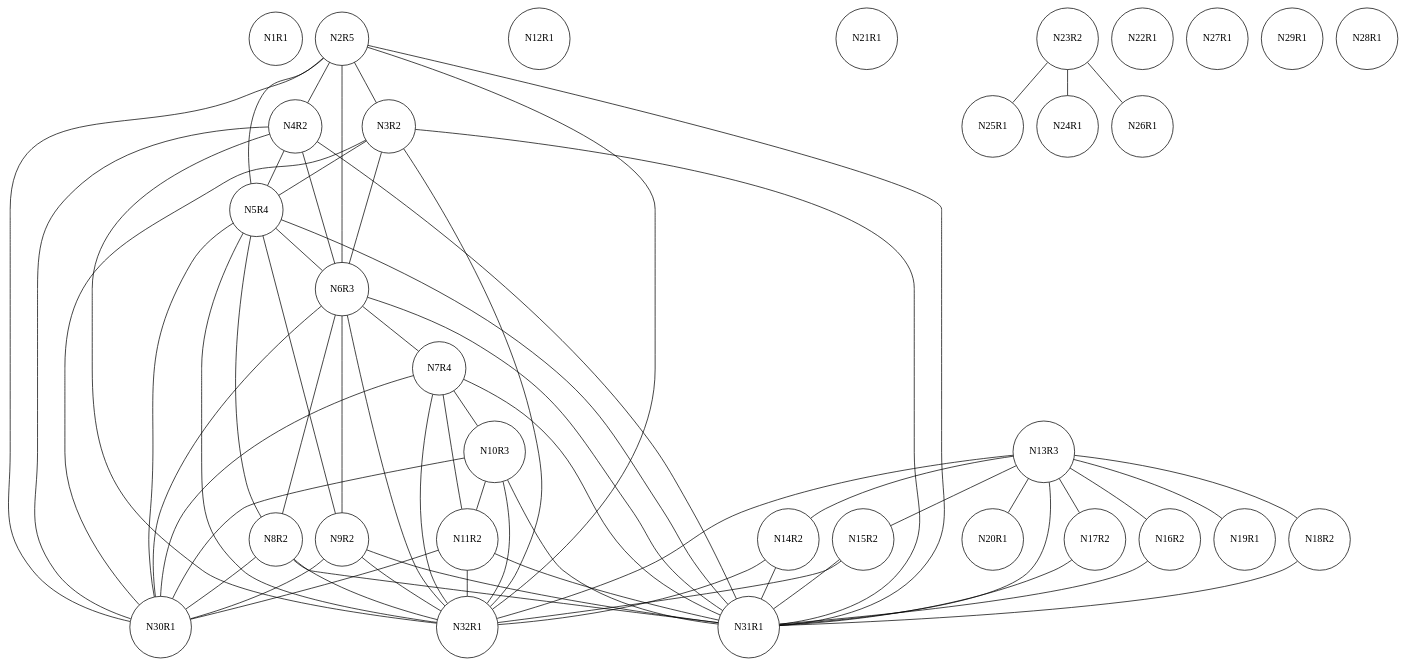
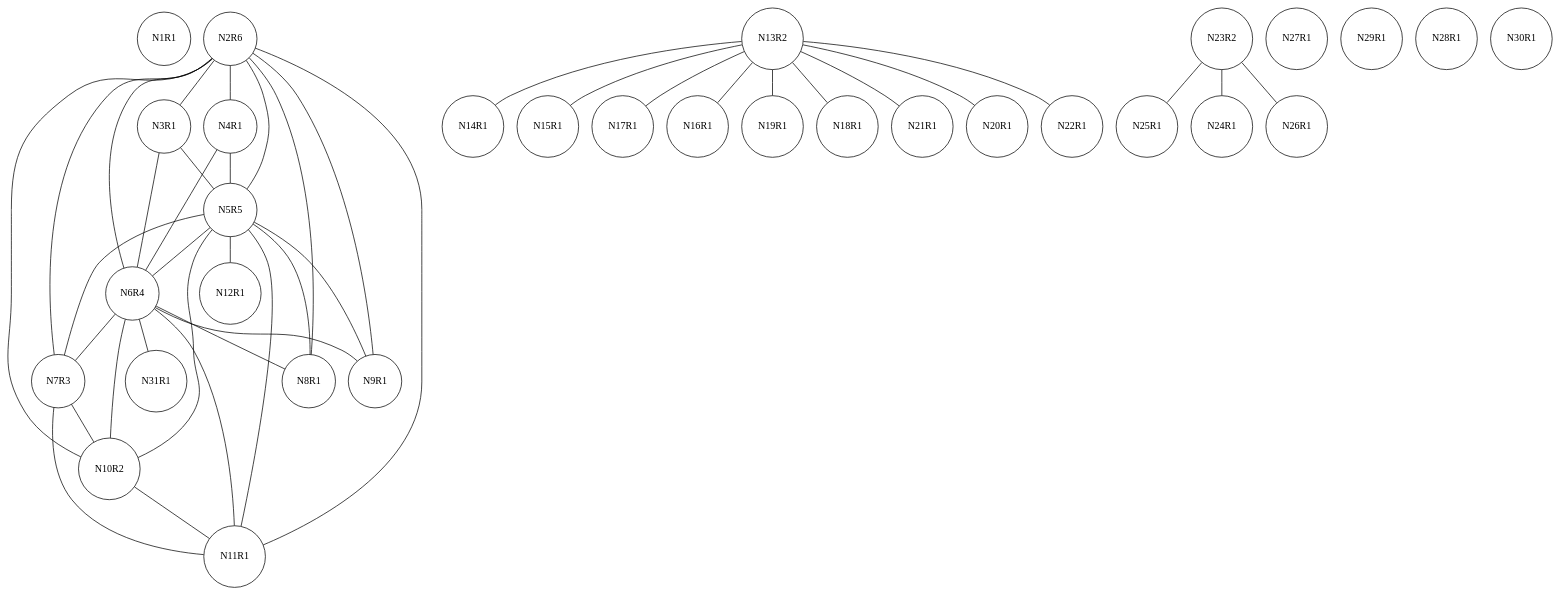
Before and after one commit to chris-wood/PL241-Compiler: the diagram in project/factorial.txt.ig.dot, drawn with Graphviz. The commit also changed 24 other files, not shown here.

```diff
--- a/project/factorial.txt.ig.dot
+++ b/project/factorial.txt.ig.dot
@@ -1,101 +1,75 @@
 graph ig {
     node [shape = circle];
     N1R1;
-    N2R5;
-    N3R2;
-    N4R2;
-    N5R4;
-    N6R3;
-    N7R4;
-    N8R2;
-    N9R2;
-    N10R3;
-    N11R2;
+    N2R6;
+    N3R1;
+    N4R1;
+    N5R5;
+    N6R4;
+    N7R3;
+    N8R1;
+    N9R1;
+    N10R2;
+    N11R1;
     N12R1;
-    N13R3;
-    N14R2;
-    N15R2;
-    N17R2;
-    N16R2;
+    N13R2;
+    N14R1;
+    N15R1;
+    N17R1;
+    N16R1;
     N19R1;
-    N18R2;
+    N18R1;
     N21R1;
     N20R1;
     N23R2;
     N22R1;
     N25R1;
     N24R1;
     N27R1;
     N26R1;
     N29R1;
     N28R1;
     N31R1;
     N30R1;
-    N32R1;
-    N2R5 -- N4R2;
-    N2R5 -- N3R2;
-    N2R5 -- N31R1;
-    N2R5 -- N32R1;
-    N2R5 -- N30R1;
-    N2R5 -- N6R3;
-    N2R5 -- N5R4;
-    N3R2 -- N31R1;
-    N3R2 -- N32R1;
-    N3R2 -- N30R1;
-    N3R2 -- N6R3;
-    N3R2 -- N5R4;
-    N4R2 -- N31R1;
-    N4R2 -- N32R1;
-    N4R2 -- N30R1;
-    N4R2 -- N6R3;
-    N4R2 -- N5R4;
-    N5R4 -- N9R2;
-    N5R4 -- N8R2;
-    N5R4 -- N31R1;
-    N5R4 -- N32R1;
-    N5R4 -- N30R1;
-    N5R4 -- N6R3;
-    N6R3 -- N7R4;
-    N6R3 -- N9R2;
-    N6R3 -- N8R2;
-    N6R3 -- N31R1;
-    N6R3 -- N32R1;
-    N6R3 -- N30R1;
-    N7R4 -- N11R2;
-    N7R4 -- N10R3;
-    N7R4 -- N31R1;
-    N7R4 -- N30R1;
-    N7R4 -- N32R1;
-    N8R2 -- N31R1;
-    N8R2 -- N32R1;
-    N8R2 -- N30R1;
-    N9R2 -- N31R1;
-    N9R2 -- N30R1;
-    N9R2 -- N32R1;
-    N10R3 -- N11R2;
-    N10R3 -- N30R1;
-    N10R3 -- N31R1;
-    N10R3 -- N32R1;
-    N11R2 -- N31R1;
-    N11R2 -- N32R1;
-    N11R2 -- N30R1;
-    N13R3 -- N20R1;
-    N13R3 -- N19R1;
-    N13R3 -- N18R2;
-    N13R3 -- N17R2;
-    N13R3 -- N16R2;
-    N13R3 -- N31R1;
-    N13R3 -- N32R1;
-    N13R3 -- N15R2;
-    N13R3 -- N14R2;
-    N14R2 -- N31R1;
-    N14R2 -- N32R1;
-    N15R2 -- N31R1;
-    N15R2 -- N32R1;
-    N17R2 -- N31R1;
-    N16R2 -- N31R1;
-    N18R2 -- N31R1;
+    N2R6 -- N5R5;
+    N2R6 -- N6R4;
+    N2R6 -- N11R1;
+    N2R6 -- N10R2;
+    N2R6 -- N7R3;
+    N2R6 -- N9R1;
+    N2R6 -- N8R1;
+    N2R6 -- N4R1;
+    N2R6 -- N3R1;
+    N3R1 -- N6R4;
+    N3R1 -- N5R5;
+    N4R1 -- N6R4;
+    N4R1 -- N5R5;
+    N5R5 -- N9R1;
+    N5R5 -- N8R1;
+    N5R5 -- N6R4;
+    N5R5 -- N11R1;
+    N5R5 -- N10R2;
+    N5R5 -- N7R3;
+    N5R5 -- N12R1;
+    N6R4 -- N7R3;
+    N6R4 -- N9R1;
+    N6R4 -- N8R1;
+    N6R4 -- N31R1;
+    N6R4 -- N11R1;
+    N6R4 -- N10R2;
+    N7R3 -- N11R1;
+    N7R3 -- N10R2;
+    N10R2 -- N11R1;
+    N13R2 -- N20R1;
+    N13R2 -- N19R1;
+    N13R2 -- N18R1;
+    N13R2 -- N17R1;
+    N13R2 -- N16R1;
+    N13R2 -- N22R1;
+    N13R2 -- N21R1;
+    N13R2 -- N15R1;
+    N13R2 -- N14R1;
     N23R2 -- N26R1;
     N23R2 -- N25R1;
     N23R2 -- N24R1;
 }
```
